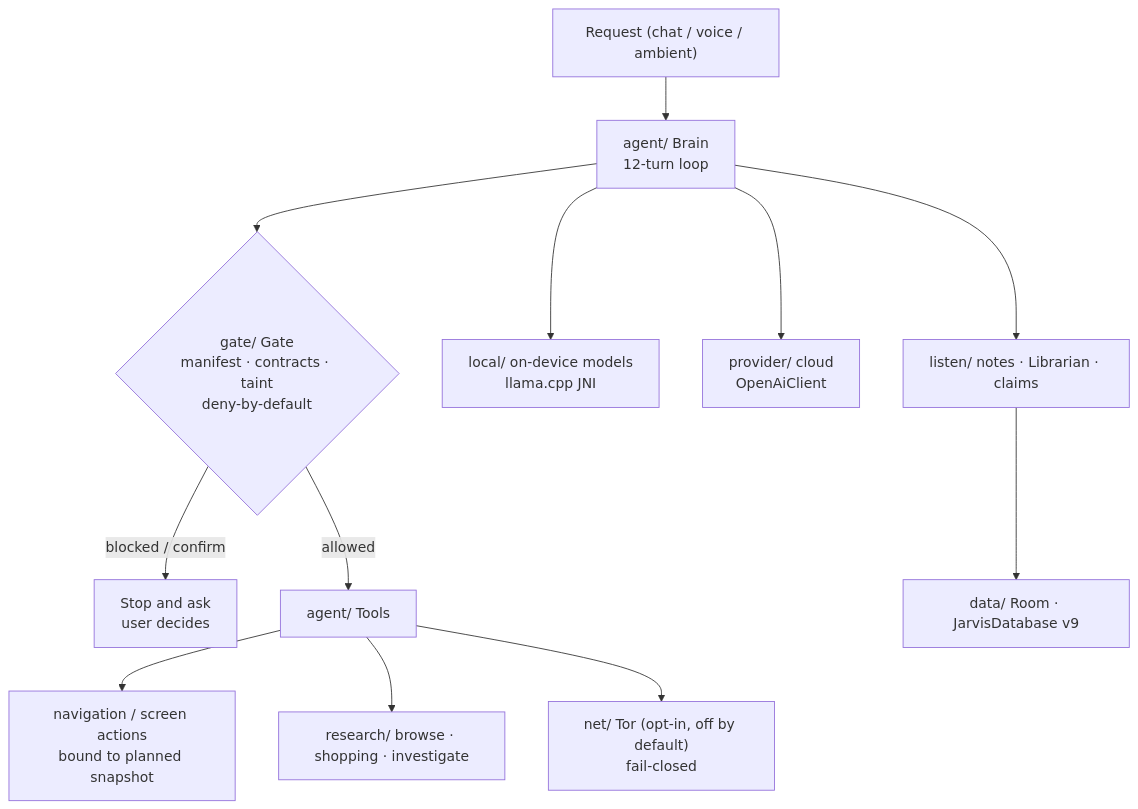
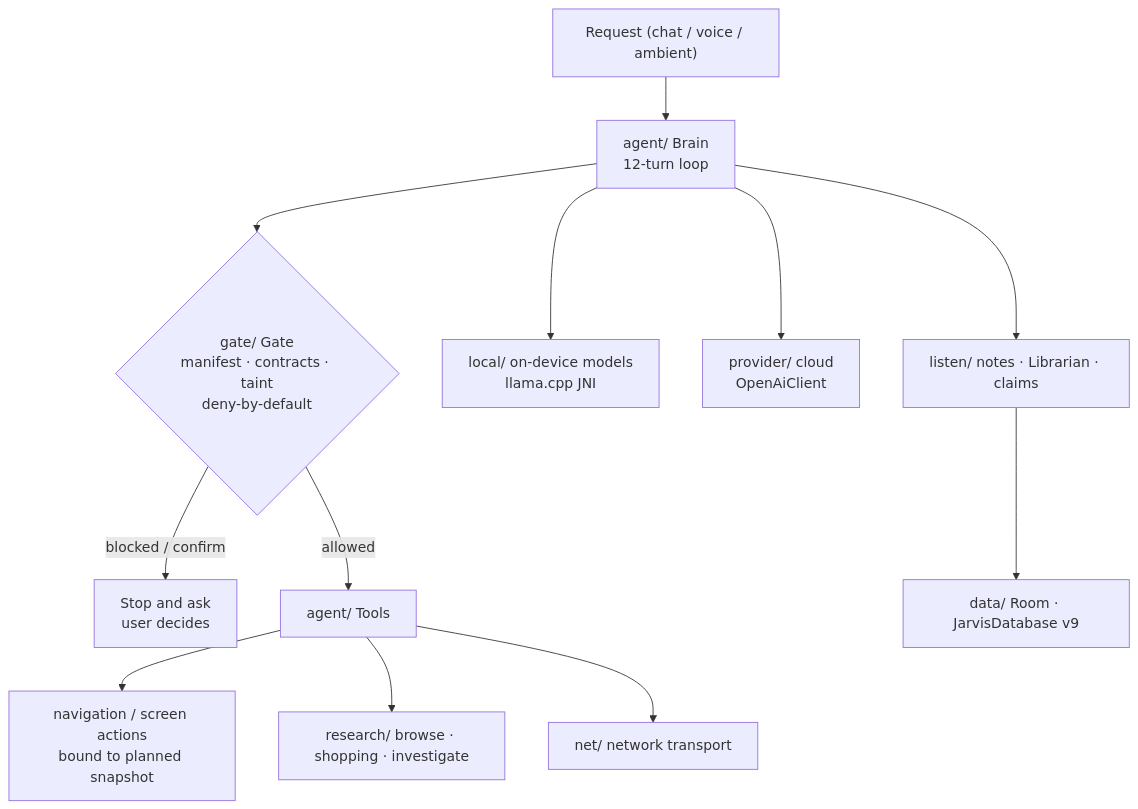
The second of 3 diagrams in ARCHITECTURE.md (Arbloodhound/Jarvis), drawn with Mermaid before and after one commit. The commit also changed other lines of this file and 25 other files, not shown here.

````diff
--- a/ARCHITECTURE.md
+++ b/ARCHITECTURE.md
@@ -53,14 +53,14 @@
 ```mermaid
 flowchart TD
   REQ["Request (chat / voice / ambient)"] --> BRAIN["agent/ Brain<br/>12-turn loop"]
   BRAIN --> GATE{"gate/ Gate<br/>manifest · contracts · taint<br/>deny-by-default"}
   GATE -- "blocked / confirm" --> ASK["Stop and ask<br/>user decides"]
   GATE -- "allowed" --> TOOLS["agent/ Tools"]
   TOOLS --> NAV["navigation / screen actions<br/>bound to planned snapshot"]
   TOOLS --> RES["research/ browse · shopping · investigate"]
-  TOOLS --> NET["net/ Tor (opt-in, off by default)<br/>fail-closed"]
+  TOOLS --> NET["net/ network transport"]
   BRAIN --> LOCAL["local/ on-device models<br/>llama.cpp JNI"]
   BRAIN --> PROV["provider/ cloud<br/>OpenAiClient"]
   BRAIN --> LISTEN["listen/ notes · Librarian · claims"]
   LISTEN --> DATA["data/ Room · JarvisDatabase v9"]
 ```
````
